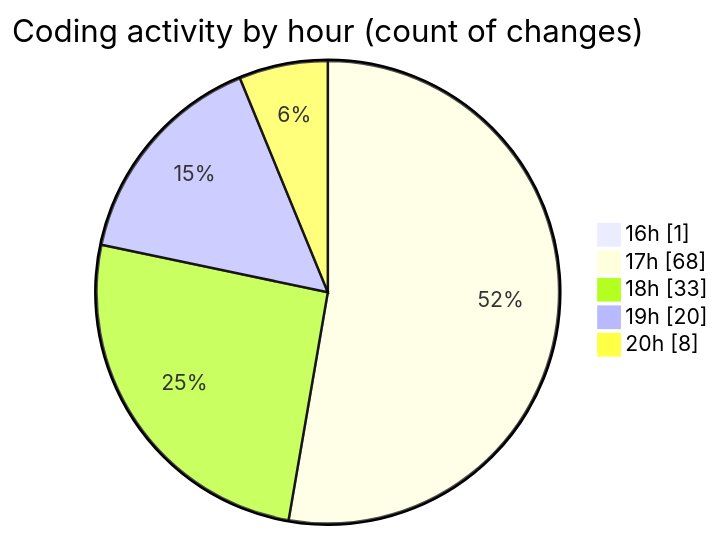
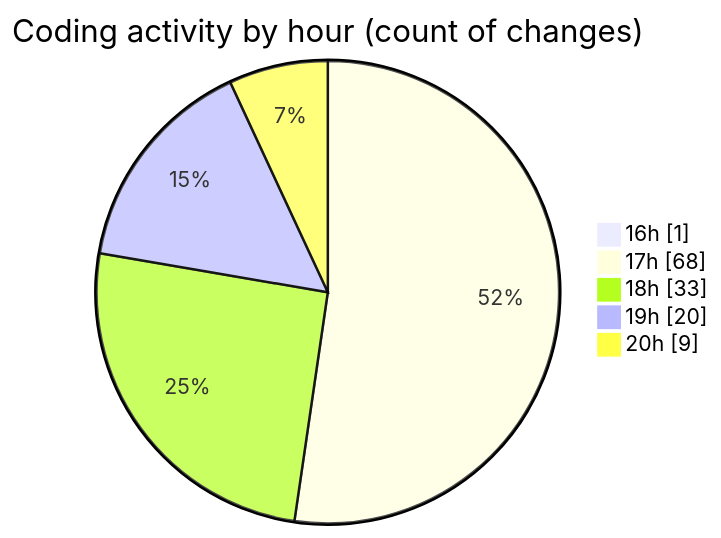
One commit to idhammustaqopulfikri/code-tracking changed the second of 2 diagrams in 2025-05-27/studio-backend/README.md. Above: the diagram before and after it, drawn with Mermaid. The commit also changed other lines of this file and 1 other file, not shown here.

````diff
--- a/2025-05-27/studio-backend/README.md
+++ b/2025-05-27/studio-backend/README.md
@@ -64,9 +64,9 @@
 ```mermaid
 pie showData
 title Coding activity by hour (count of changes)
 "16h" : 1
 "17h" : 68
 "18h" : 33
 "19h" : 20
-"20h" : 8
+"20h" : 9
 ```
````
